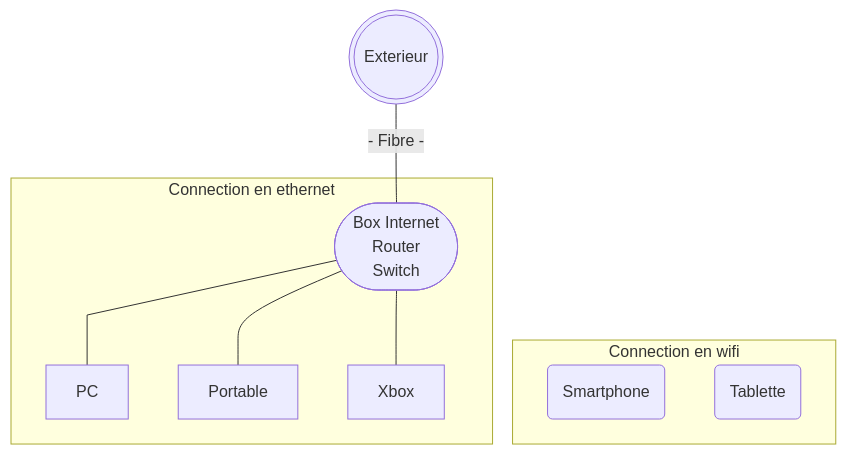
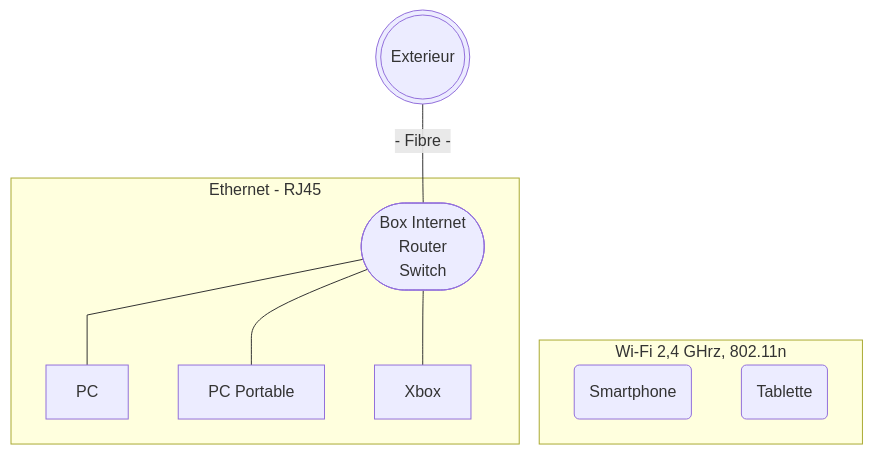
The first of 2 diagrams in Challenge 08.md (Ergeiz/Challenge-O-Clock), drawn with Mermaid before and after one commit. The commit also changed other lines of this file, not shown here.

````diff
--- a/Challenge 08.md
+++ b/Challenge 08.md
@@ -12,18 +12,18 @@
 ```mermaid
 flowchart TB
 id10(((Exterieur))) ---|- Fibre -| id1([Box Internet
 Router
 Switch
 ])
-subgraph Connection en ethernet
+subgraph "Ethernet - RJ45"
 id1 e1@--- id2[PC]
-id1 e1@--- id3[Portable]
+id1 e1@--- id3[PC Portable]
 id1 e1@--- id4[Xbox]
 end
-subgraph Connection en wifi
+subgraph "Wi-Fi 2,4 GHrz, 802.11n"
 id1 ~~~ id5(Smartphone)
 id1 ~~~ id6(Tablette)
 end
 e1@{ curve: linear }
 
 ```
````
